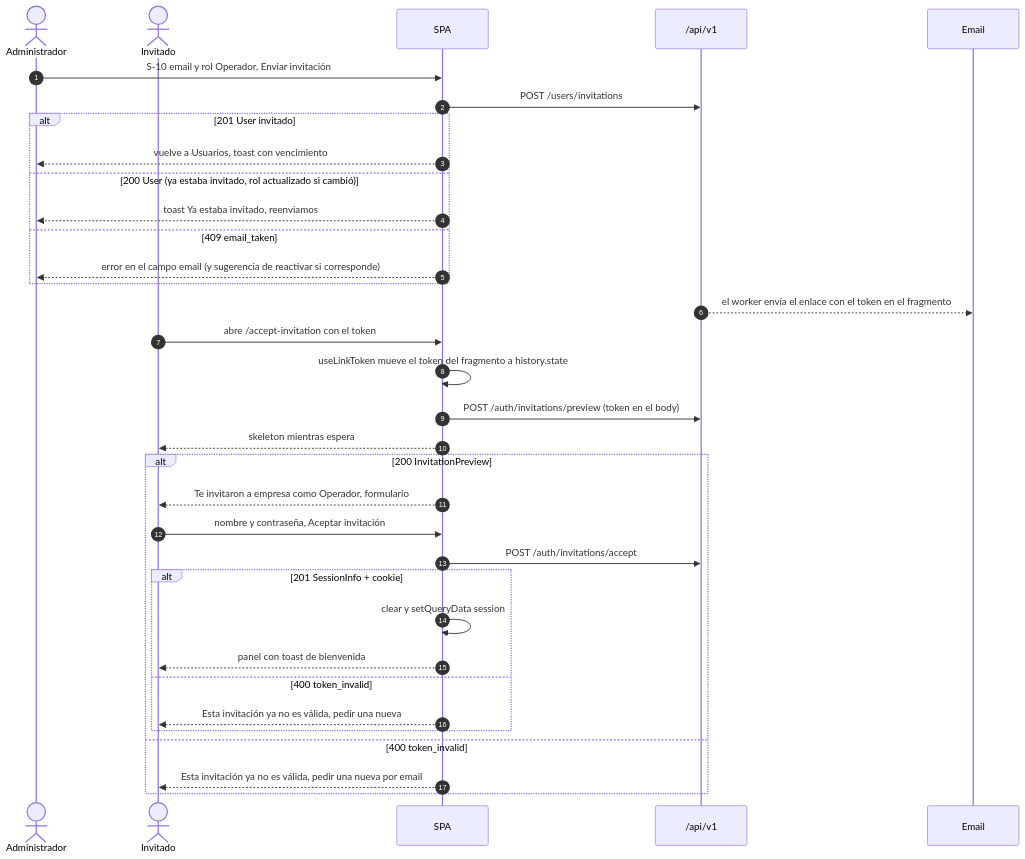
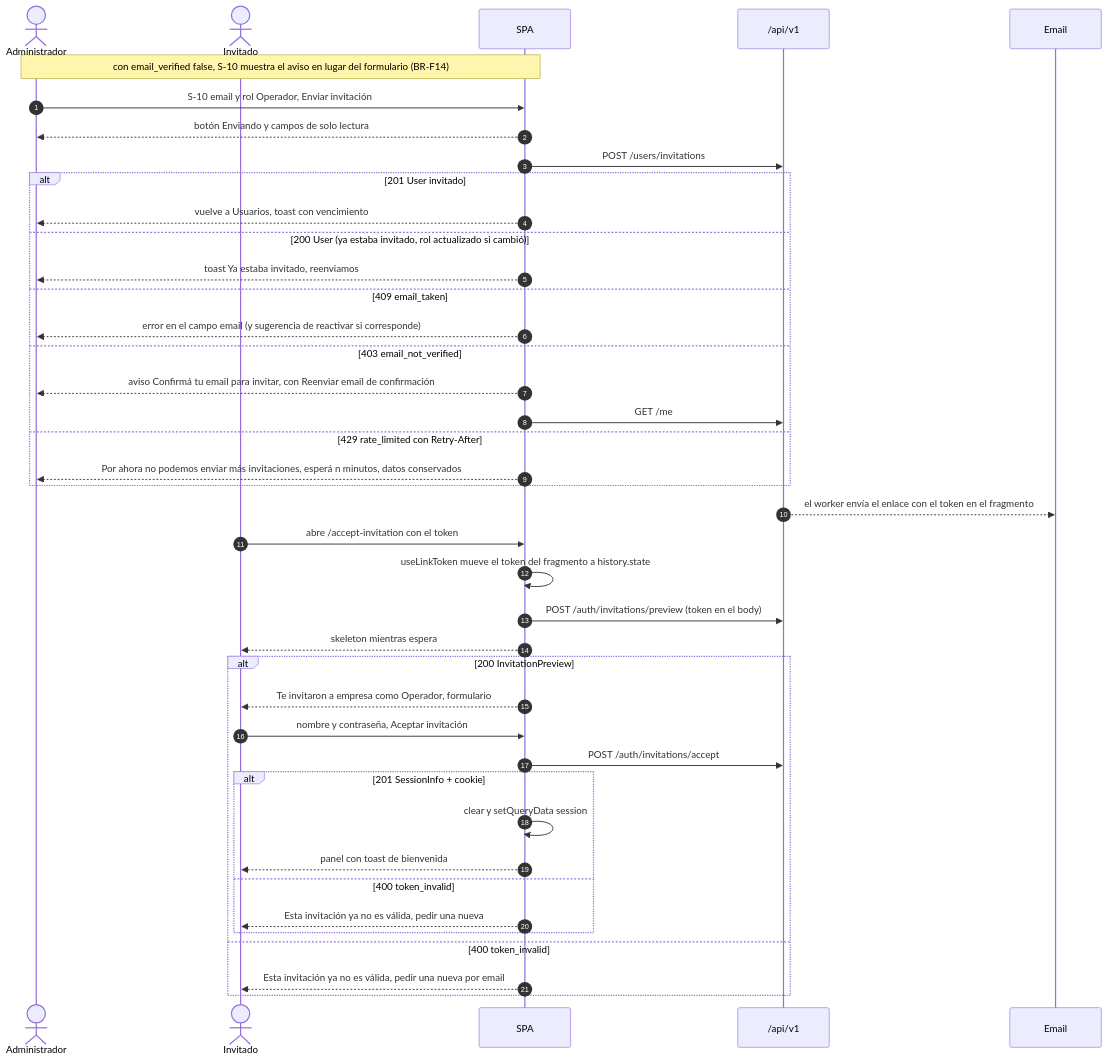
Before and after one commit to fdelillo/crm: the eighth of 9 diagrams in specs/001-empresas-usuarios/ui.md, drawn with Mermaid. The commit also changed other lines of this file and 2 other files, not shown here.

````diff
--- a/specs/001-empresas-usuarios/ui.md
+++ b/specs/001-empresas-usuarios/ui.md
@@ -1453,37 +1548,44 @@
 ```mermaid
 sequenceDiagram
     autonumber
     actor A as Administrador
     actor O as Invitado
     participant UI as SPA
     participant API as /api/v1
     participant M as Email
 
+    Note over A,UI: con email_verified false, S-10 muestra el aviso en lugar del formulario (BR-F14)
     A->>UI: S-10 email y rol Operador, Enviar invitación
+    UI-->>A: botón Enviando y campos de solo lectura
     UI->>API: POST /users/invitations
     alt 201 User invitado
         UI-->>A: vuelve a Usuarios, toast con vencimiento
     else 200 User (ya estaba invitado, rol actualizado si cambió)
         UI-->>A: toast Ya estaba invitado, reenviamos
     else 409 email_taken
         UI-->>A: error en el campo email (y sugerencia de reactivar si corresponde)
+    else 403 email_not_verified
+        UI-->>A: aviso Confirmá tu email para invitar, con Reenviar email de confirmación
+        UI->>API: GET /me
+    else 429 rate_limited con Retry-After
+        UI-->>A: Por ahora no podemos enviar más invitaciones, esperá n minutos, datos conservados
     end
     API-->>M: el worker envía el enlace con el token en el fragmento
     O->>UI: abre /accept-invitation con el token
     UI->>UI: useLinkToken mueve el token del fragmento a history.state
     UI->>API: POST /auth/invitations/preview (token en el body)
     UI-->>O: skeleton mientras espera
     alt 200 InvitationPreview
         UI-->>O: Te invitaron a empresa como Operador, formulario
         O->>UI: nombre y contraseña, Aceptar invitación
         UI->>API: POST /auth/invitations/accept
         alt 201 SessionInfo + cookie
             UI->>UI: clear y setQueryData session
             UI-->>O: panel con toast de bienvenida
         else 400 token_invalid
             UI-->>O: Esta invitación ya no es válida, pedir una nueva
         end
     else 400 token_invalid
         UI-->>O: Esta invitación ya no es válida, pedir una nueva por email
     end
 ```
````
